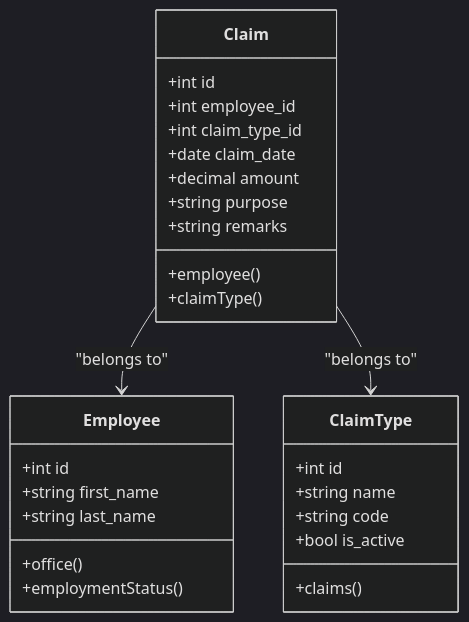
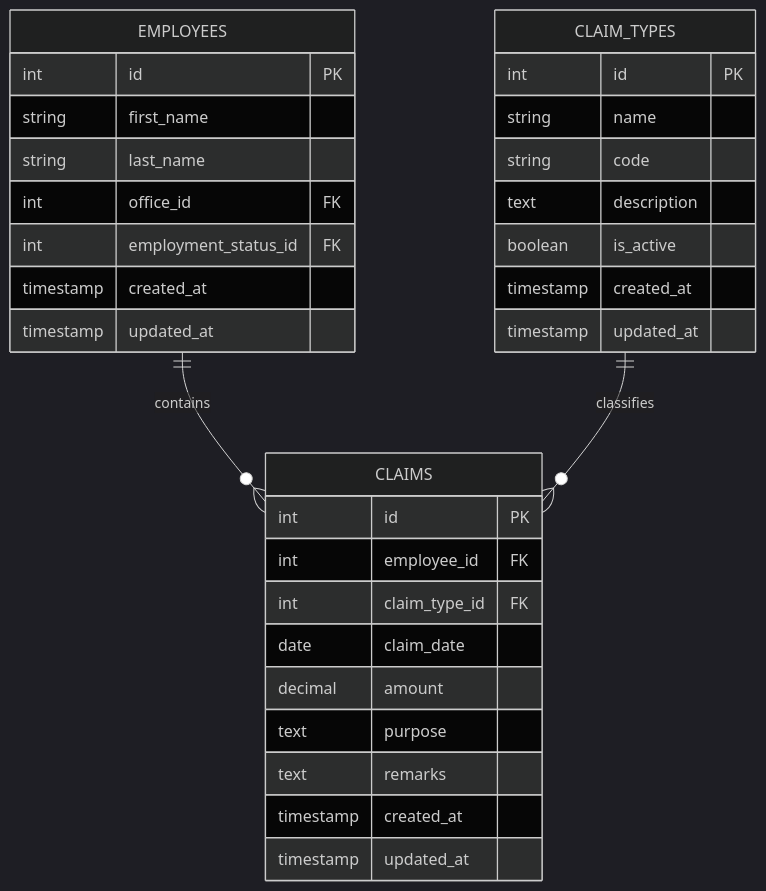
The fifth of 5 diagrams in .qoder/repowiki/en/content/Employee Management/Employee Claims Management.md (vincet0t15/template), drawn with Mermaid (dark theme) before and after one commit. The commit also changed other lines of this file and 12 other files, not shown here.

````diff
--- a/.qoder/repowiki/en/content/Employee Management/Employee Claims Management.md
+++ b/.qoder/repowiki/en/content/Employee Management/Employee Claims Management.md
@@ -260,30 +321,34 @@
 ```mermaid
-classDiagram
-class Claim {
-+int id
-+int employee_id
-+int claim_type_id
-+date claim_date
-+decimal amount
-+string purpose
-+string remarks
-+employee()
-+claimType()
+erDiagram
+EMPLOYEES ||--o{ CLAIMS : contains
+CLAIM_TYPES ||--o{ CLAIMS : classifies
+EMPLOYEES {
+int id PK
+string first_name
+string last_name
+int office_id FK
+int employment_status_id FK
+timestamp created_at
+timestamp updated_at
 }
-class Employee {
-+int id
-+string first_name
-+string last_name
-+office()
-+employmentStatus()
+CLAIMS {
+int id PK
+int employee_id FK
+int claim_type_id FK
+date claim_date
+decimal amount
+text purpose
+text remarks
+timestamp created_at
+timestamp updated_at
 }
-class ClaimType {
-+int id
-+string name
-+string code
-+bool is_active
-+claims()
+CLAIM_TYPES {
+int id PK
+string name
+string code
+text description
+boolean is_active
+timestamp created_at
+timestamp updated_at
 }
-Claim --> Employee : "belongs to"
-Claim --> ClaimType : "belongs to"
 ```
````
